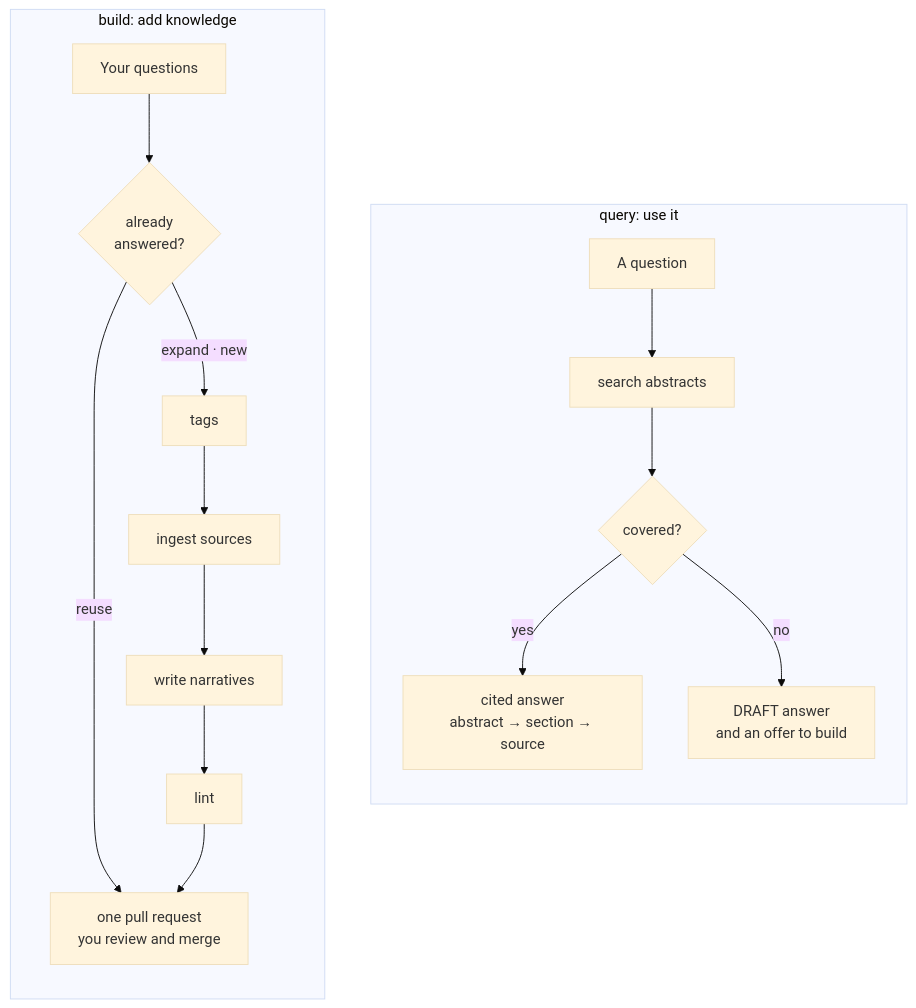
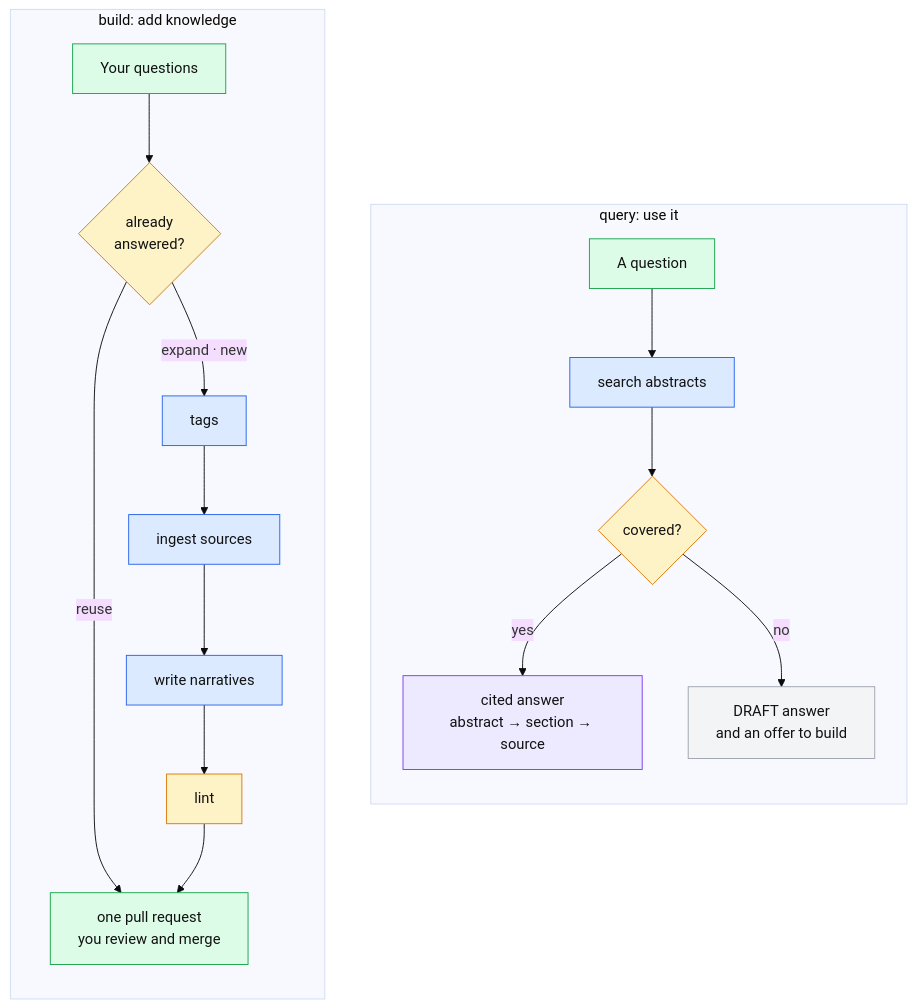
One commit to mengjiasun1992/structural-llm-wiki changed the diagram in README.md. Above: the diagram before and after it, drawn with Mermaid (base theme). The commit also changed other lines of this file, not shown here.

````diff
--- a/README.md
+++ b/README.md
@@ -37,16 +47,26 @@
 ```mermaid
 graph LR
     subgraph build["build: add knowledge"]
         direction TB
         Q["Your questions"] --> R{"already<br/>answered?"}
         R -- "reuse" --> PR["one pull request<br/>you review and merge"]
         R -- "expand · new" --> T["tags"] --> I["ingest sources"] --> N["write narratives"] --> L["lint"] --> PR
     end
     subgraph use["query: use it"]
         direction TB
         A["A question"] --> S["search abstracts"] --> C{"covered?"}
         C -- "yes" --> ANS["cited answer<br/>abstract → section → source"]
         C -- "no" --> D["DRAFT answer<br/>and an offer to build"]
     end
     build ~~~ use
+    classDef you fill:#dcfce7,stroke:#16a34a,color:#111
+    classDef agent fill:#dbeafe,stroke:#2563eb,color:#111
+    classDef check fill:#fef3c7,stroke:#d97706,color:#111
+    classDef out fill:#ede9fe,stroke:#7c3aed,color:#111
+    classDef draft fill:#f3f4f6,stroke:#9ca3af,color:#111
+    class Q,A,PR you
+    class T,I,N,S agent
+    class R,C,L check
+    class ANS out
+    class D draft
 ```
````
